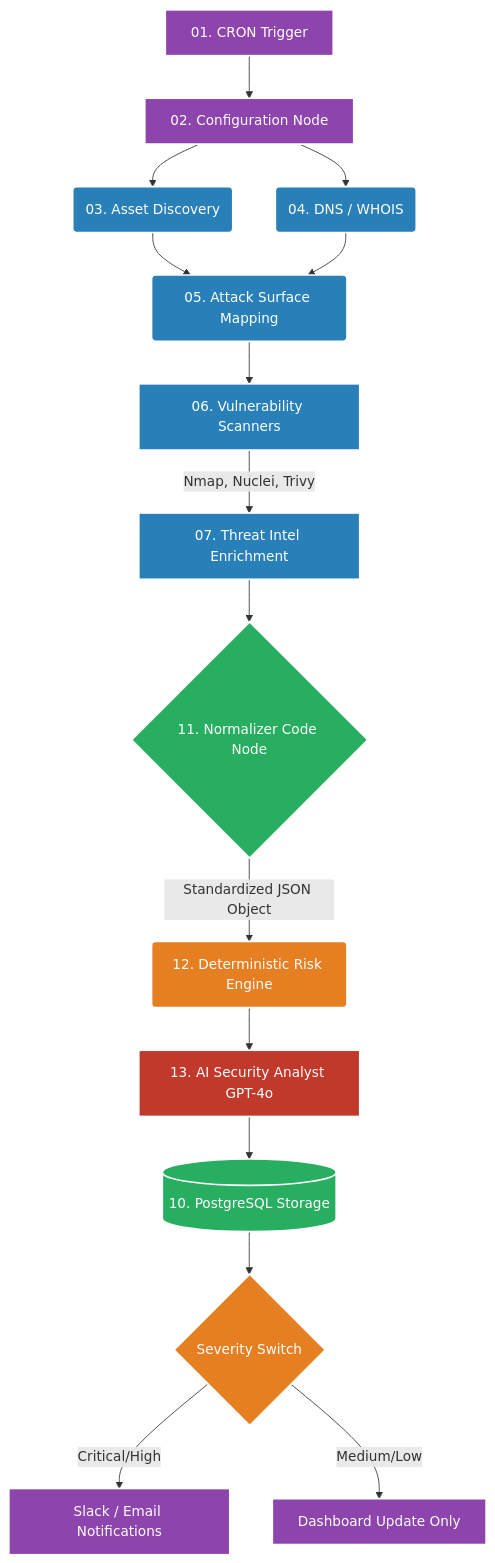
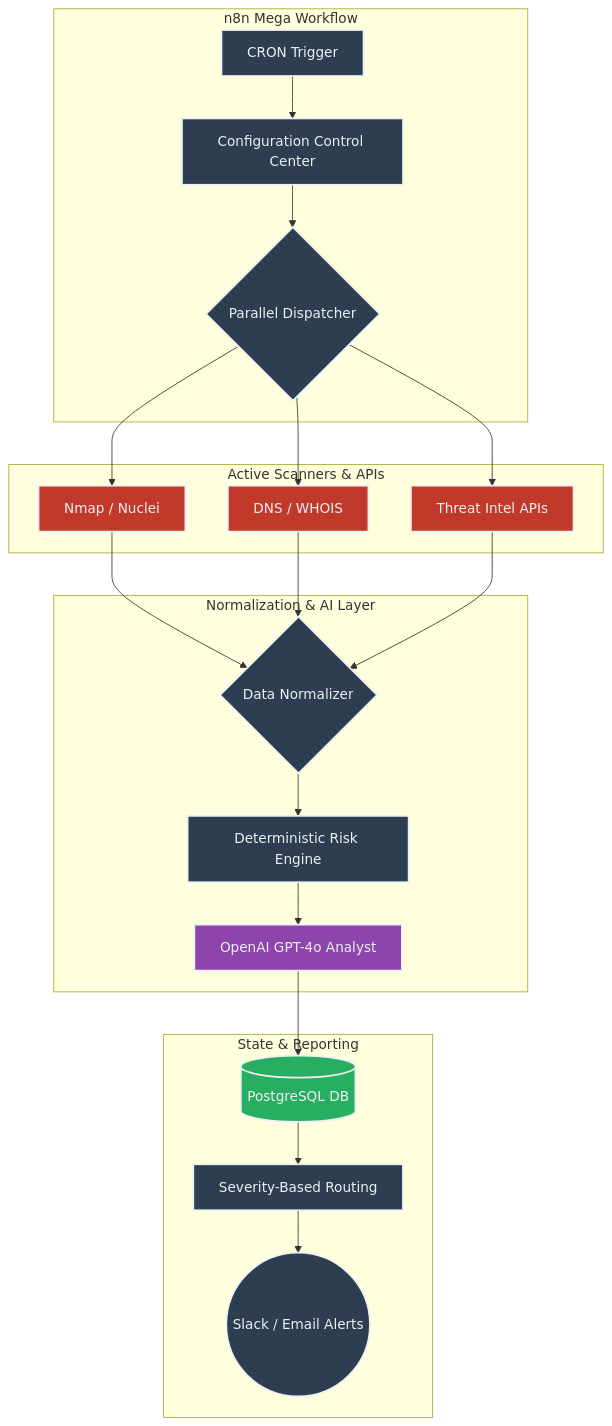
The first of 4 diagrams in README.md (RishvinReddy/AI-Security-Guardian), drawn with Mermaid before and after one commit. The commit also changed other lines of this file, not shown here.

Commit message:
docs: Epic README expansion with data flow, sequence diagrams, and deep dive sections

````diff
--- a/README.md
+++ b/README.md
@@ -52,31 +39,34 @@
 ```mermaid
 graph TD
-    %% Styling
-    classDef config fill:#8e44ad,stroke:#fff,stroke-width:2px,color:#fff;
-    classDef collector fill:#2980b9,stroke:#fff,stroke-width:2px,color:#fff;
-    classDef analysis fill:#e67e22,stroke:#fff,stroke-width:2px,color:#fff;
-    classDef data fill:#27ae60,stroke:#fff,stroke-width:2px,color:#fff;
-    classDef ai fill:#c0392b,stroke:#fff,stroke-width:2px,color:#fff;
+    classDef core fill:#2c3e50,stroke:#ecf0f1,stroke-width:2px,color:#ecf0f1;
+    classDef tools fill:#c0392b,stroke:#ecf0f1,stroke-width:2px,color:#ecf0f1;
+    classDef data fill:#27ae60,stroke:#ecf0f1,stroke-width:2px,color:#ecf0f1;
+    classDef ai fill:#8e44ad,stroke:#ecf0f1,stroke-width:2px,color:#ecf0f1;
 
-    A[01. CRON Trigger]:::config --> B[02. Configuration Node]:::config
-    
-    B --> C(03. Asset Discovery):::collector
-    B --> D(04. DNS / WHOIS):::collector
-    
-    C --> E(05. Attack Surface Mapping):::collector
-    D --> E
-    
-    E --> F[06. Vulnerability Scanners]:::collector
-    F --> |Nmap, Nuclei, Trivy| G[07. Threat Intel Enrichment]:::collector
-    
-    G --> H{11. Normalizer Code Node}:::data
-    H --> |Standardized JSON Object| I(12. Deterministic Risk Engine):::analysis
-    
-    I --> J[13. AI Security Analyst GPT-4o]:::ai
-    
-    J --> K[(10. PostgreSQL Storage)]:::data
-    K --> L{Severity Switch}:::analysis
-    
-    L -->|Critical/High| M[Slack / Email Notifications]:::config
-    L -->|Medium/Low| N[Dashboard Update Only]:::config
+    subgraph Orchestration Layer [n8n Mega Workflow]
+        A[CRON Trigger] --> B[Configuration Control Center]
+        B --> C{Parallel Dispatcher}
+    end
+
+    subgraph Execution Layer [Active Scanners & APIs]
+        C --> D[Nmap / Nuclei]:::tools
+        C --> E[DNS / WHOIS]:::tools
+        C --> F[Threat Intel APIs]:::tools
+    end
+
+    subgraph Normalization & AI Layer
+        D --> G{Data Normalizer}:::core
+        E --> G
+        F --> G
+        G --> H[Deterministic Risk Engine]:::core
+        H --> I[OpenAI GPT-4o Analyst]:::ai
+    end
+
+    subgraph State & Reporting
+        I --> J[(PostgreSQL DB)]:::data
+        J --> K[Severity-Based Routing]
+        K --> L((Slack / Email Alerts)):::core
+    end
+
+    class A,B,C,G,H,K core;
 ```
````
